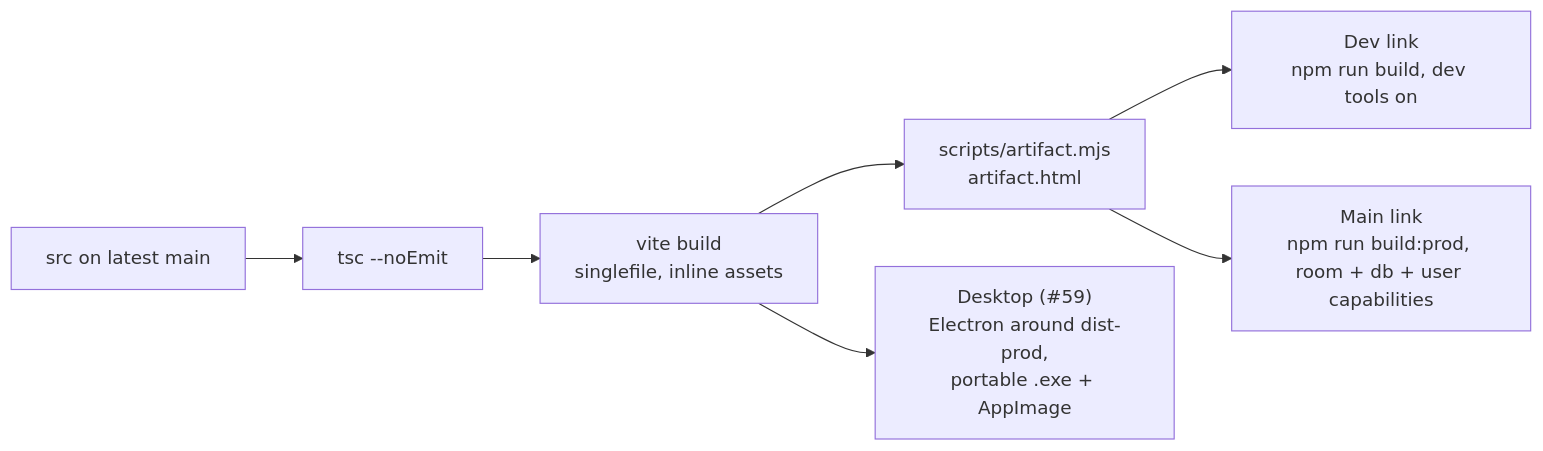
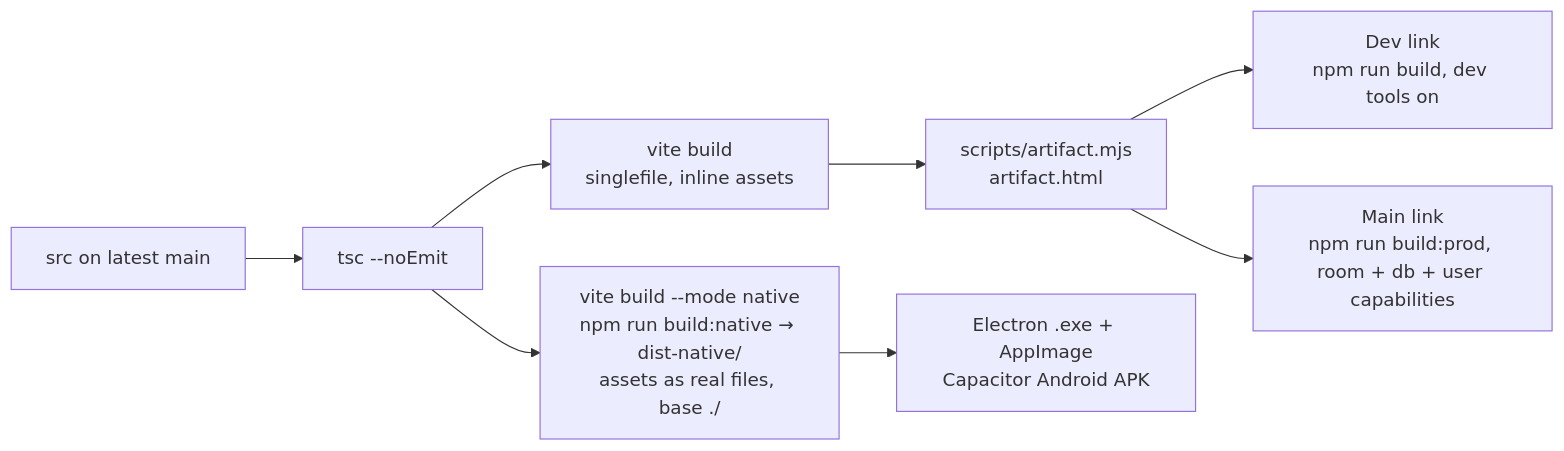
Diagram 22 of 23 in docs/ARCHITECTURE.md (WesleyT4N/spell-vs-steel), drawn with Mermaid before and after one commit. The commit also changed other lines of this file, not shown here.

First line of the commit message:
Architecture doc: assets/ files and zip mods (#127-#130) (#131)

````diff
--- a/docs/ARCHITECTURE.md
+++ b/docs/ARCHITECTURE.md
@@ -496,7 +528,8 @@
 ```mermaid
 flowchart LR
   src[src on latest main] --> tsc[tsc --noEmit] --> vite["vite build<br/>singlefile, inline assets"] --> page["scripts/artifact.mjs<br/>artifact.html"]
   page --> dev["Dev link<br/>npm run build, dev tools on"]
   page --> prod["Main link<br/>npm run build:prod, room + db + user capabilities"]
-  vite --> desk["Desktop (#59)<br/>Electron around dist-prod,<br/>portable .exe + AppImage"]
+  tsc --> native["vite build --mode native<br/>npm run build:native → dist-native/<br/>assets as real files, base ./"]
+  native --> desk["Electron .exe + AppImage<br/>Capacitor Android APK"]
 ```
````
